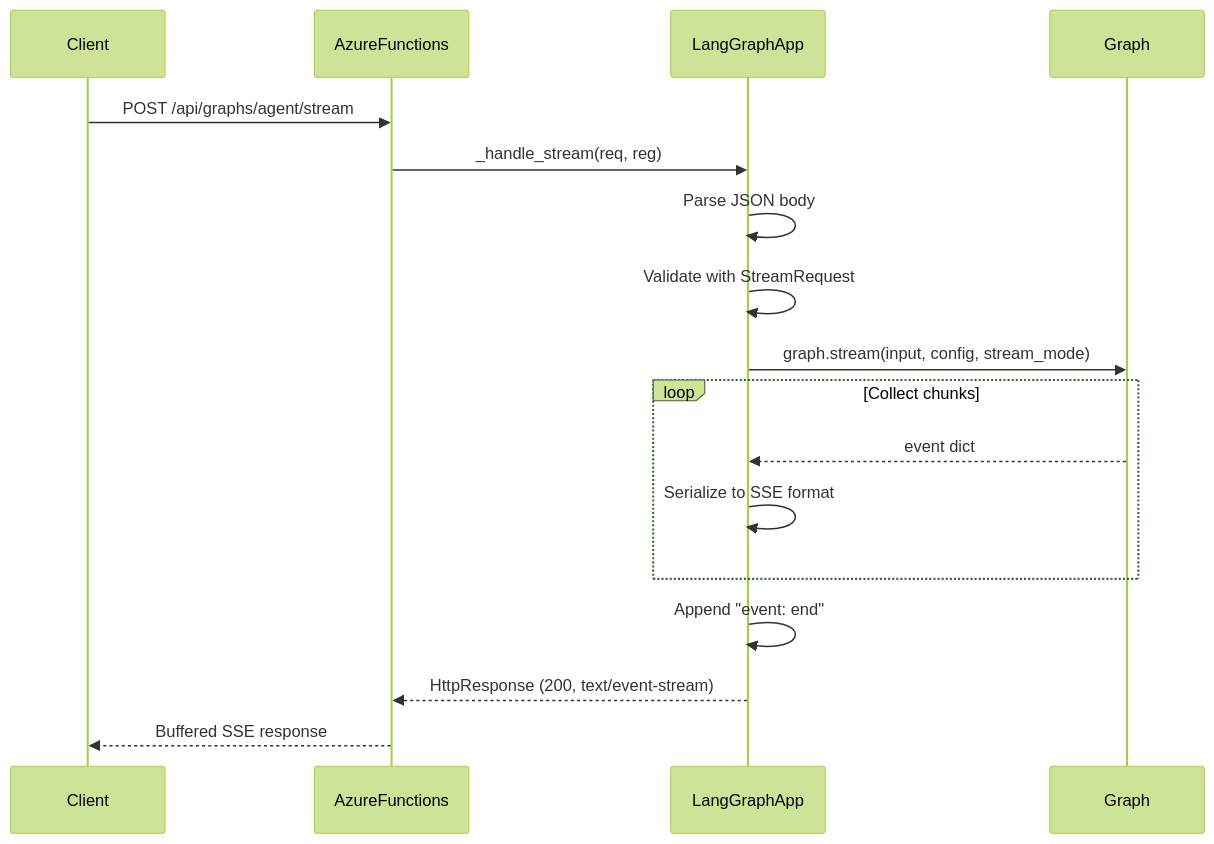
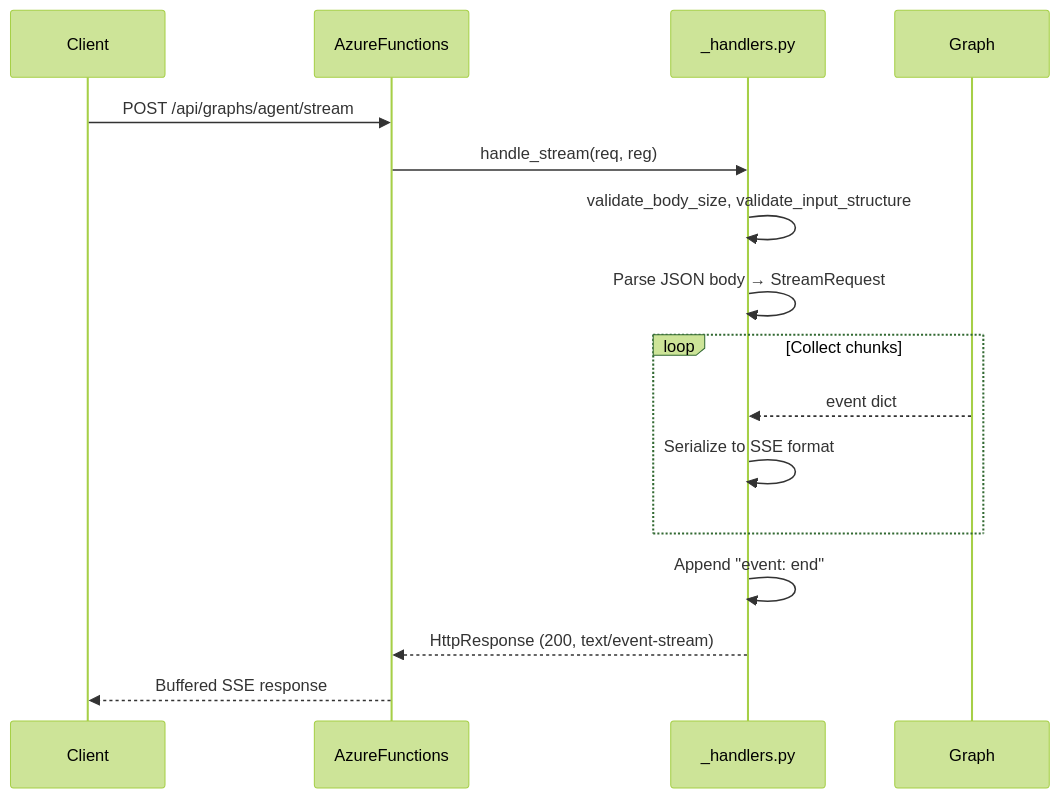
The third of 5 diagrams in docs/architecture.md (yeongseon/azure-functions-langgraph), drawn with Mermaid (forest theme) before and after one commit. The commit also changed other lines of this file and 1 other file, not shown here.

First line of the commit message:
docs: standardize architecture docs with Mermaid diagrams, Sources, and See Also

````diff
--- a/docs/architecture.md
+++ b/docs/architecture.md
@@ -44,20 +76,19 @@
 ```mermaid
 sequenceDiagram
     participant Client
     participant AzureFunctions
-    participant LangGraphApp
+    participant Handlers as _handlers.py
     participant Graph
 
     Client->>AzureFunctions: POST /api/graphs/agent/stream
-    AzureFunctions->>LangGraphApp: _handle_stream(req, reg)
-    LangGraphApp->>LangGraphApp: Parse JSON body
-    LangGraphApp->>LangGraphApp: Validate with StreamRequest
-    LangGraphApp->>Graph: graph.stream(input, config, stream_mode)
+    AzureFunctions->>Handlers: handle_stream(req, reg)
+    Handlers->>Handlers: validate_body_size, validate_input_structure
+    Handlers->>Handlers: Parse JSON body → StreamRequest
     loop Collect chunks
-        Graph-->>LangGraphApp: event dict
-        LangGraphApp->>LangGraphApp: Serialize to SSE format
+        Graph-->>Handlers: event dict
+        Handlers->>Handlers: Serialize to SSE format
     end
-    LangGraphApp->>LangGraphApp: Append "event: end"
-    LangGraphApp-->>AzureFunctions: HttpResponse (200, text/event-stream)
+    Handlers->>Handlers: Append "event: end"
+    Handlers-->>AzureFunctions: HttpResponse (200, text/event-stream)
     AzureFunctions-->>Client: Buffered SSE response
 ```
````
